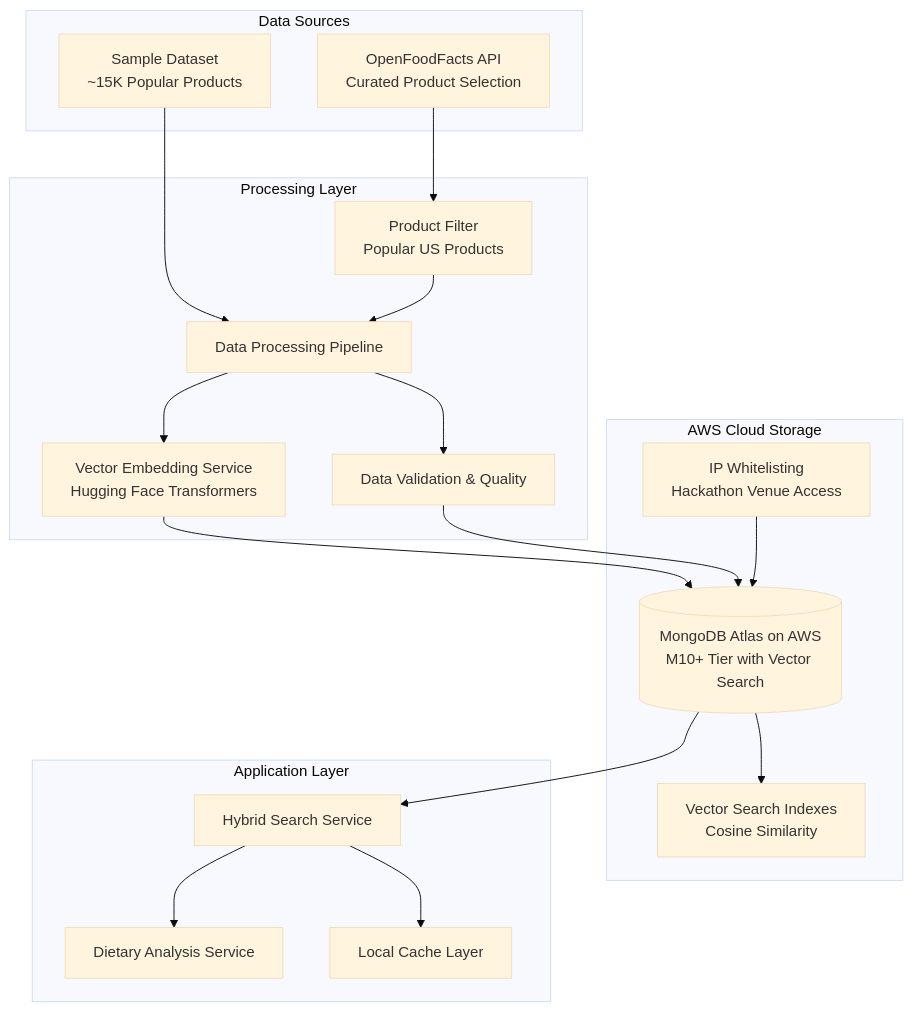
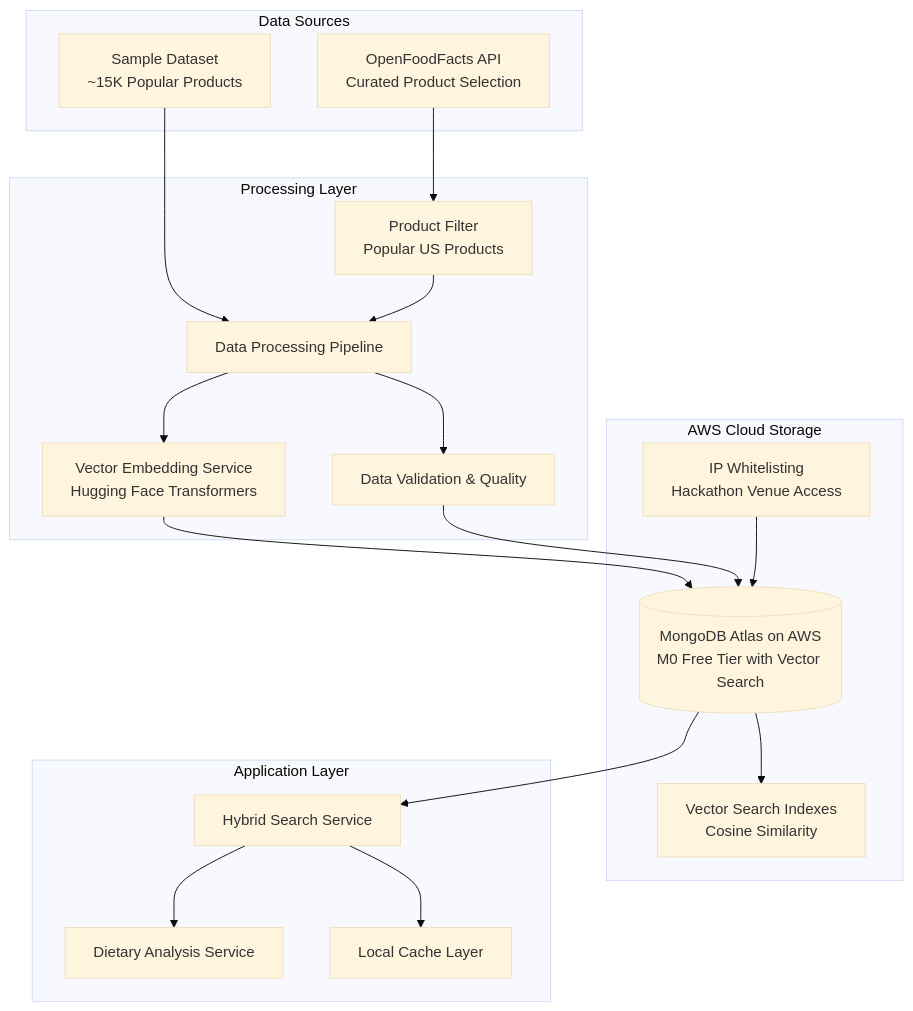
The diagram in .kiro/specs/02-data-schema-ingestion/design.md (pliekhus77/SMARTIES), drawn with Mermaid (base theme) before and after one commit. The commit also changed other lines of this file and 38 other files, not shown here.

Commit message:
1. Set up MongoDB Atlas Vector Search infrastructure and core data models . Set up Hugging Face Transformers for local embedding generation

````diff
--- a/.kiro/specs/02-data-schema-ingestion/design.md
+++ b/.kiro/specs/02-data-schema-ingestion/design.md
@@ -13,39 +13,39 @@
 ```mermaid
 graph TB
     subgraph "Data Sources"
         OFF[OpenFoodFacts API<br/>Curated Product Selection]
         SAMPLE[Sample Dataset<br/>~15K Popular Products]
     end
     
     subgraph "Processing Layer"
         ETL[Data Processing Pipeline]
         EMB[Vector Embedding Service<br/>Hugging Face Transformers]
         VAL[Data Validation & Quality]
         FILTER[Product Filter<br/>Popular US Products]
     end
     
     subgraph "AWS Cloud Storage"
-        ATLAS[(MongoDB Atlas on AWS<br/>M10+ Tier with Vector Search)]
+        ATLAS[(MongoDB Atlas on AWS<br/>M0 Free Tier with Vector Search)]
         VECTOR[Vector Search Indexes<br/>Cosine Similarity]
         NETWORK[IP Whitelisting<br/>Hackathon Venue Access]
     end
     
     subgraph "Application Layer"
         HYBRID[Hybrid Search Service]
         DIET[Dietary Analysis Service]
         CACHE[Local Cache Layer]
     end
     
     OFF --> FILTER
     SAMPLE --> ETL
     FILTER --> ETL
     ETL --> EMB
     ETL --> VAL
     EMB --> ATLAS
     VAL --> ATLAS
     ATLAS --> VECTOR
     NETWORK --> ATLAS
     ATLAS --> HYBRID
     HYBRID --> DIET
     HYBRID --> CACHE
 ```
````
